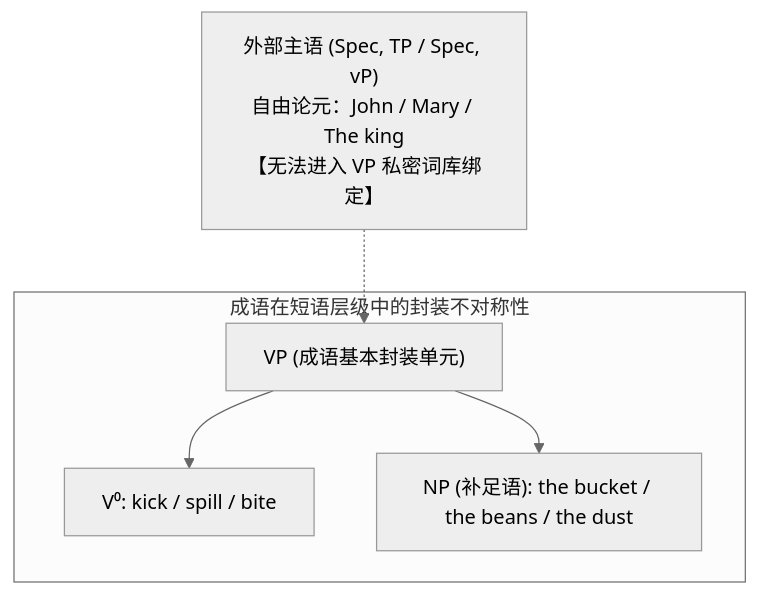
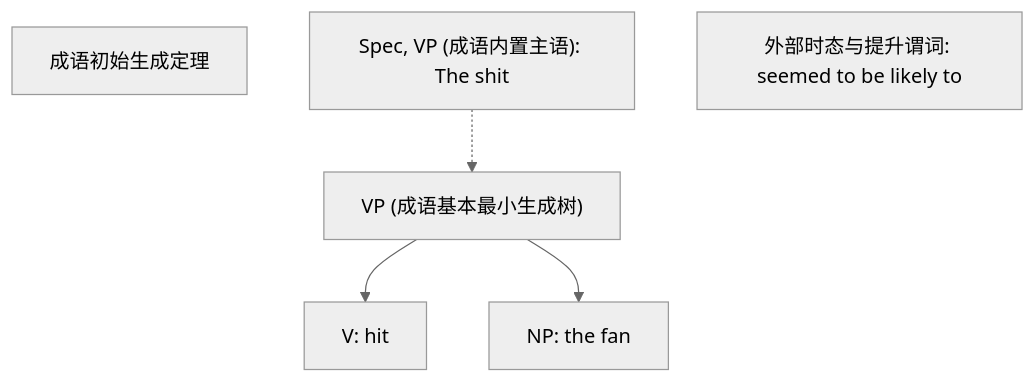
The fourth of 5 diagrams in docs/zh/linguistics_and_philosophy/linguistics/24900_introduction_to_linguistics/lec15.md (luomingguo/archipelago), drawn with Mermaid (neutral theme) before and after one commit. The commit also changed other lines of this file and 4 other files, not shown here.

````diff
--- a/docs/zh/linguistics_and_philosophy/linguistics/24900_introduction_to_linguistics/lec15.md
+++ b/docs/zh/linguistics_and_philosophy/linguistics/24900_introduction_to_linguistics/lec15.md
@@ -139,13 +259,8 @@
 ```mermaid
 graph TD
-    subgraph IdiomAsymmetry ["成语在短语层级中的封装不对称性"]
-        VP["VP (成语基本封装单元)"]
-        VHead["V⁰: kick / spill / bite"]
-        NPComp["NP (补足语): the bucket / the beans / the dust"]
-        
-        VP --> VHead
-        VP --> NPComp
-    end
-    
-    ExtSubj["外部主语 (Spec, TP / Spec, vP)<br>自由论元：John / Mary / The king<br>【无法进入 VP 私密词库绑定】"] -.-> VP
+    IdiomBase["成语初始生成定理"]
+    VP["VP (成语基本最小生成树)"] --> V["V: hit"]
+    VP --> NP_Obj["NP: the fan"]
+    SpecVP["Spec, VP (成语内置主语): The shit"] -.-> VP
+    Outside["外部时态与提升谓词: seemed to be likely to"]
 ```
````
